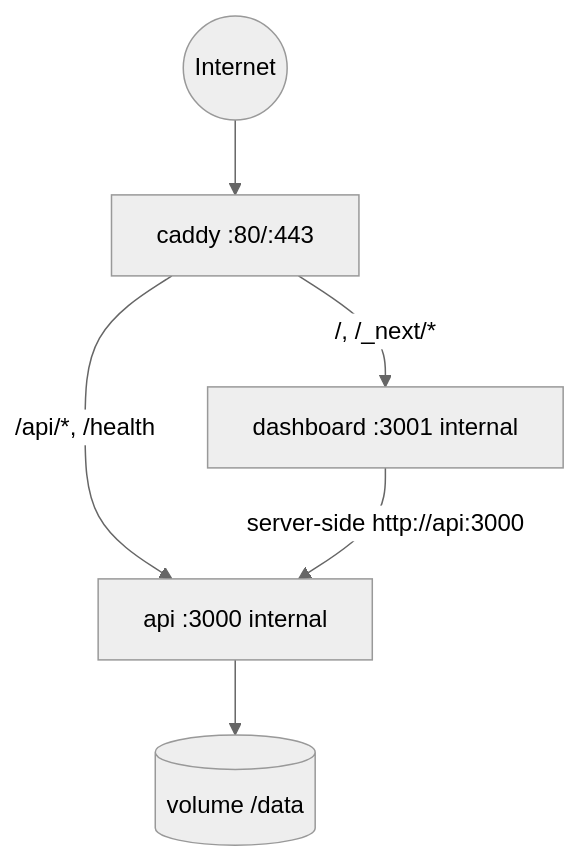
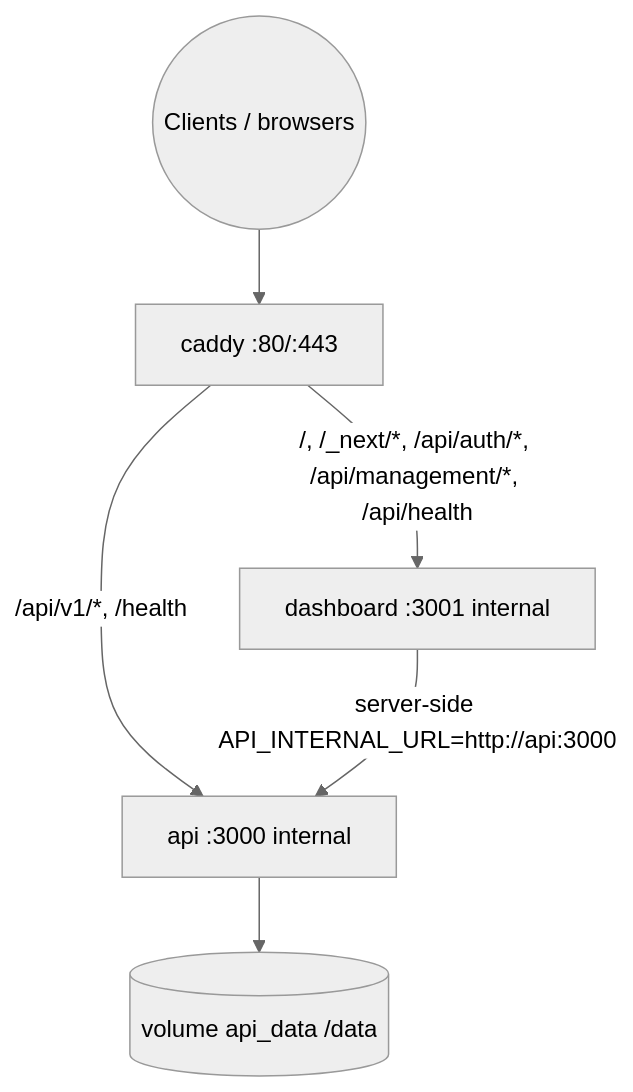
One commit to pitsssss/FB_-_IG_Scrapper_Tool changed the diagram in docs/product/DEPLOYMENT_DESIGN.md. Above: the diagram before and after it, drawn with Mermaid (neutral theme). The commit also changed other lines of this file and 8 other files, not shown here.

````diff
--- a/docs/product/DEPLOYMENT_DESIGN.md
+++ b/docs/product/DEPLOYMENT_DESIGN.md
@@ -42,14 +22,14 @@
 ```mermaid
 flowchart TB
-  Internet((Internet))
+  Internet((Clients / browsers))
   Caddy[caddy :80/:443]
   Dash[dashboard :3001 internal]
   API[api :3000 internal]
-  Data[(volume /data)]
+  Data[(volume api_data /data)]
 
   Internet --> Caddy
-  Caddy -->|"/, /_next/*"| Dash
-  Caddy -->|/api/*, /health| API
-  Dash -->|server-side http://api:3000| API
+  Caddy -->|"/, /_next/*, /api/auth/*, /api/management/*, /api/health"| Dash
+  Caddy -->|/api/v1/*, /health| API
+  Dash -->|server-side API_INTERNAL_URL=http://api:3000| API
   API --> Data
 ```
````
